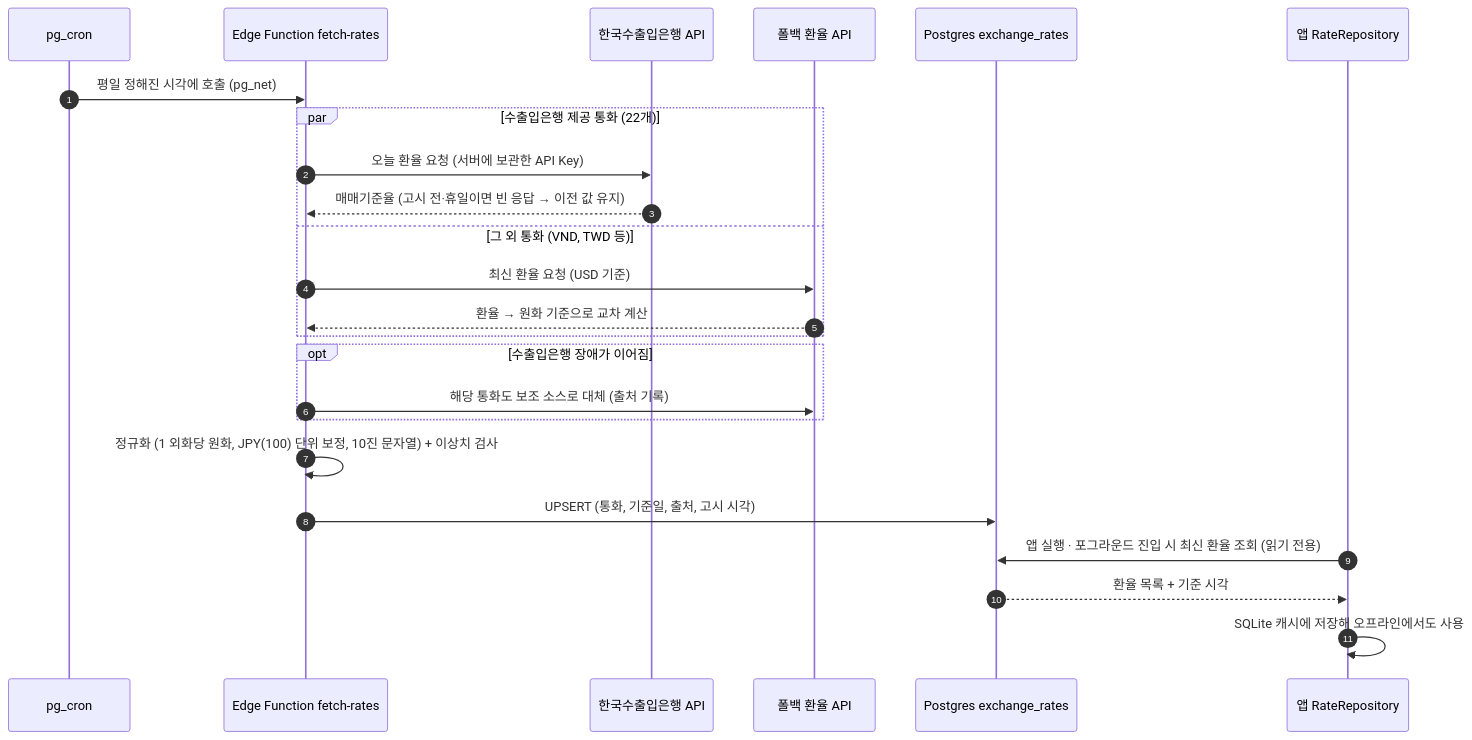
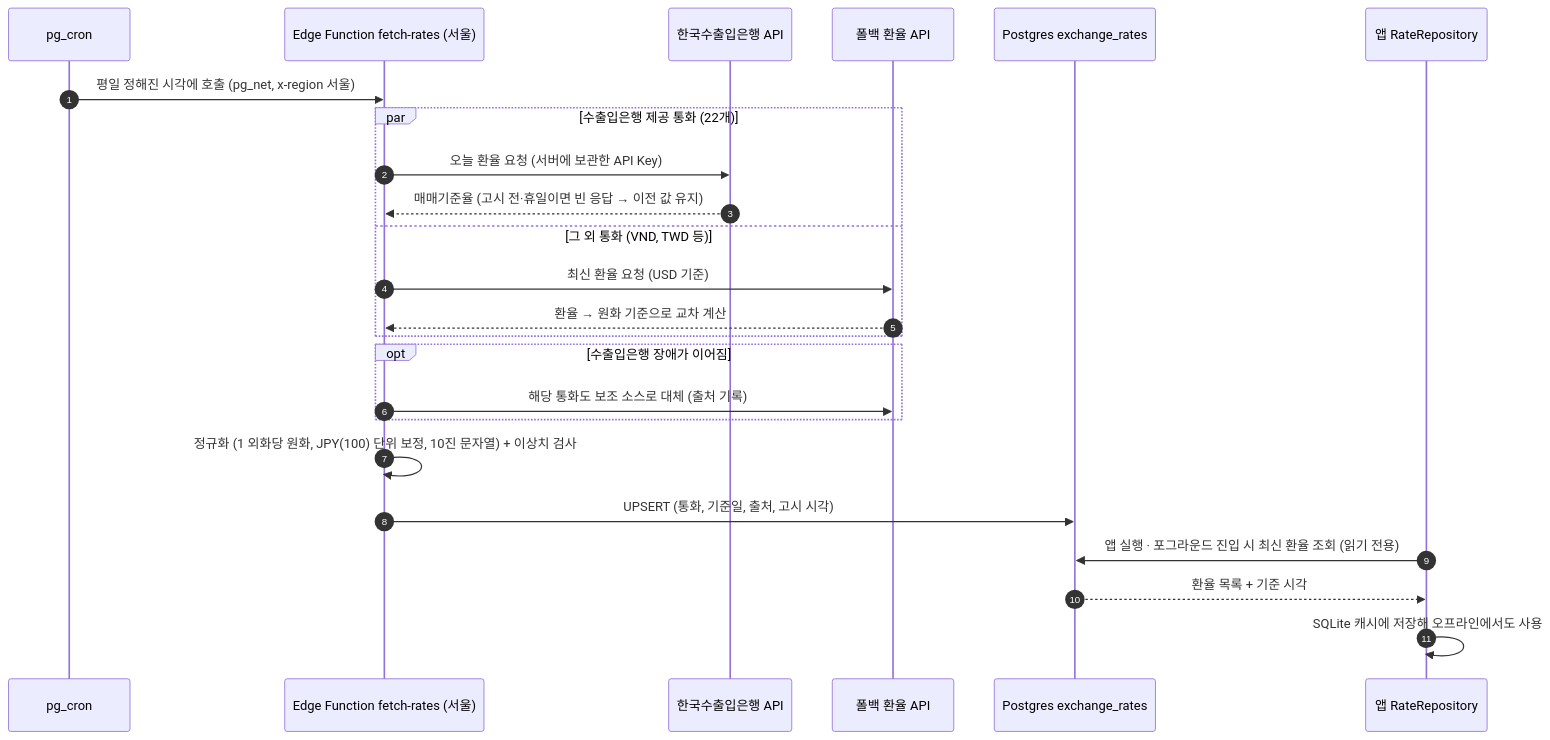
The fourth of 5 diagrams in docs/01-architecture.md (Xeoyeon/tradger), drawn with Mermaid before and after one commit. The commit also changed other lines of this file and 3 other files, not shown here.

````diff
--- a/docs/01-architecture.md
+++ b/docs/01-architecture.md
@@ -198,27 +202,27 @@
 ```mermaid
 sequenceDiagram
   autonumber
   participant C as pg_cron
-  participant EF as Edge Function fetch-rates
+  participant EF as Edge Function fetch-rates (서울)
   participant K as 한국수출입은행 API
   participant FB as 폴백 환율 API
   participant PG as Postgres exchange_rates
   participant App as 앱 RateRepository
 
-  C->>EF: 평일 정해진 시각에 호출 (pg_net)
+  C->>EF: 평일 정해진 시각에 호출 (pg_net, x-region 서울)
   par 수출입은행 제공 통화 (22개)
     EF->>K: 오늘 환율 요청 (서버에 보관한 API Key)
     K-->>EF: 매매기준율 (고시 전·휴일이면 빈 응답 → 이전 값 유지)
   and 그 외 통화 (VND, TWD 등)
     EF->>FB: 최신 환율 요청 (USD 기준)
     FB-->>EF: 환율 → 원화 기준으로 교차 계산
   end
   opt 수출입은행 장애가 이어짐
     EF->>FB: 해당 통화도 보조 소스로 대체 (출처 기록)
   end
   EF->>EF: 정규화 (1 외화당 원화, JPY(100) 단위 보정, 10진 문자열) + 이상치 검사
   EF->>PG: UPSERT (통화, 기준일, 출처, 고시 시각)
   App->>PG: 앱 실행 · 포그라운드 진입 시 최신 환율 조회 (읽기 전용)
   PG-->>App: 환율 목록 + 기준 시각
   App->>App: SQLite 캐시에 저장해 오프라인에서도 사용
 ```
````
